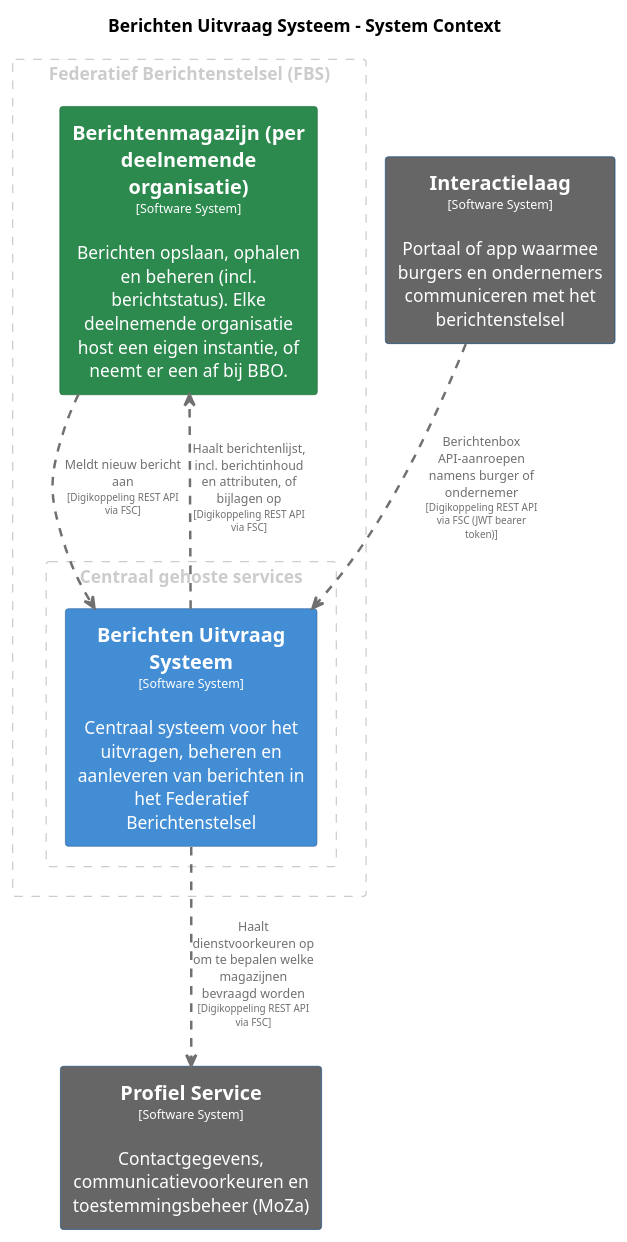
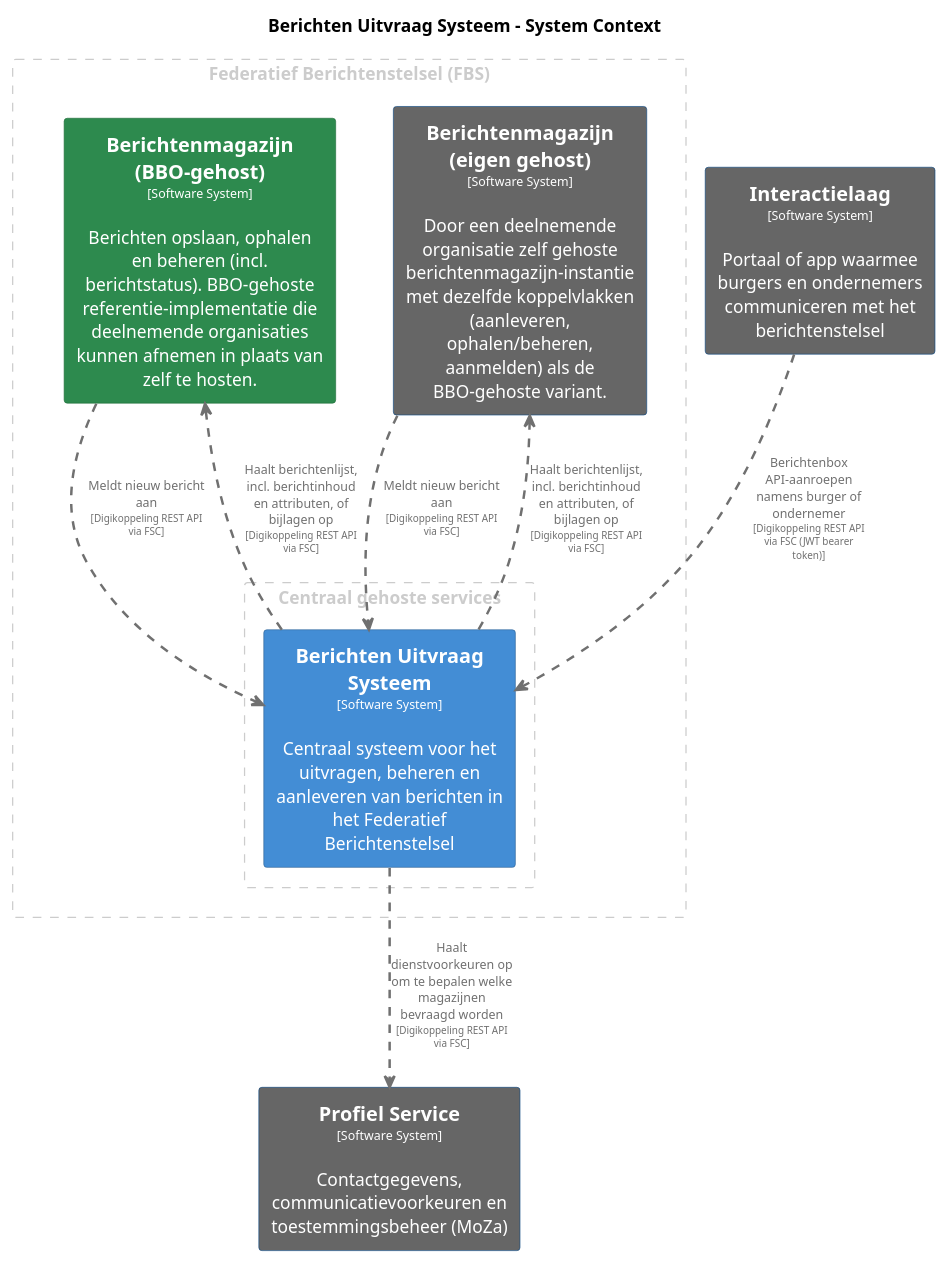
One commit to MinBZK/moza-poc-fbs-berichtenbox changed the diagram in master/puml/BerichtenUitvraagSysteem.puml. Above: the diagram before and after it, drawn with PlantUML. The commit also changed 90 other files, not shown here.

```diff
--- a/master/puml/BerichtenUitvraagSysteem.puml
+++ b/master/puml/BerichtenUitvraagSysteem.puml
@@ -1,66 +1,75 @@
 @startuml
 set separator none
 title Berichten Uitvraag Systeem - System Context
 
 top to bottom direction
 skinparam ranksep 60
 skinparam nodesep 30
 
 skinparam {
   arrowFontSize 10
   defaultTextAlignment center
   wrapWidth 200
   maxMessageSize 100
 }
 
 hide stereotype
 
 skinparam rectangle<<BerichtenUitvraagSysteem>> {
   BackgroundColor #438dd5
   FontColor #ffffff
   BorderColor #2e6295
   shadowing false
 }
-skinparam rectangle<<Berichtenmagazijnperdeelnemendeorganisatie>> {
+skinparam rectangle<<BerichtenmagazijnBBOgehost>> {
   BackgroundColor #2d8a4e
   FontColor #ffffff
   BorderColor #1e6b38
+  shadowing false
+}
+skinparam rectangle<<Berichtenmagazijneigengehost>> {
+  BackgroundColor #666666
+  FontColor #ffffff
+  BorderColor #0b4884
   shadowing false
 }
 skinparam rectangle<<Interactielaag>> {
   BackgroundColor #666666
   FontColor #ffffff
   BorderColor #0b4884
   shadowing false
 }
 skinparam rectangle<<ProfielService>> {
   BackgroundColor #666666
   FontColor #ffffff
   BorderColor #0b4884
   shadowing false
 }
 
 rectangle "Federatief Berichtenstelsel (FBS)" <<group1>> as group1 {
   skinparam RectangleBorderColor<<group1>> #cccccc
   skinparam RectangleFontColor<<group1>> #cccccc
   skinparam RectangleBorderStyle<<group1>> dashed
 
-  rectangle "==Berichtenmagazijn (per deelnemende organisatie)\n<size:10>[Software System]</size>\n\nBerichten opslaan, ophalen en beheren (incl. berichtstatus). Elke deelnemende organisatie host een eigen instantie, of neemt er een af bij BBO." <<Berichtenmagazijnperdeelnemendeorganisatie>> as Berichtenmagazijnperdeelnemendeorganisatie
+  rectangle "==Berichtenmagazijn (eigen gehost)\n<size:10>[Software System]</size>\n\nDoor een deelnemende organisatie zelf gehoste berichtenmagazijn-instantie met dezelfde koppelvlakken (aanleveren, ophalen/beheren, aanmelden) als de BBO-gehoste variant." <<Berichtenmagazijneigengehost>> as Berichtenmagazijneigengehost
+  rectangle "==Berichtenmagazijn (BBO-gehost)\n<size:10>[Software System]</size>\n\nBerichten opslaan, ophalen en beheren (incl. berichtstatus). BBO-gehoste referentie-implementatie die deelnemende organisaties kunnen afnemen in plaats van zelf te hosten." <<BerichtenmagazijnBBOgehost>> as BerichtenmagazijnBBOgehost
     rectangle "Centraal gehoste services" <<group2>> as group2 {
       skinparam RectangleBorderColor<<group2>> #cccccc
       skinparam RectangleFontColor<<group2>> #cccccc
       skinparam RectangleBorderStyle<<group2>> dashed
 
       rectangle "==Berichten Uitvraag Systeem\n<size:10>[Software System]</size>\n\nCentraal systeem voor het uitvragen, beheren en aanleveren van berichten in het Federatief Berichtenstelsel" <<BerichtenUitvraagSysteem>> as BerichtenUitvraagSysteem
     }
 
 }
 
 rectangle "==Profiel Service\n<size:10>[Software System]</size>\n\nContactgegevens, communicatievoorkeuren en toestemmingsbeheer (MoZa)" <<ProfielService>> as ProfielService
 rectangle "==Interactielaag\n<size:10>[Software System]</size>\n\nPortaal of app waarmee burgers en ondernemers communiceren met het berichtenstelsel" <<Interactielaag>> as Interactielaag
 
-BerichtenUitvraagSysteem .[#707070,thickness=2].> Berichtenmagazijnperdeelnemendeorganisatie : "<color:#707070>Haalt berichtenlijst, incl. berichtinhoud en attributen, of bijlagen op\n<color:#707070><size:8>[Digikoppeling REST API via FSC]</size>"
-Berichtenmagazijnperdeelnemendeorganisatie .[#707070,thickness=2].> BerichtenUitvraagSysteem : "<color:#707070>Meldt nieuw bericht aan\n<color:#707070><size:8>[Digikoppeling REST API via FSC]</size>"
+BerichtenUitvraagSysteem .[#707070,thickness=2].> BerichtenmagazijnBBOgehost : "<color:#707070>Haalt berichtenlijst, incl. berichtinhoud en attributen, of bijlagen op\n<color:#707070><size:8>[Digikoppeling REST API via FSC]</size>"
+BerichtenmagazijnBBOgehost .[#707070,thickness=2].> BerichtenUitvraagSysteem : "<color:#707070>Meldt nieuw bericht aan\n<color:#707070><size:8>[Digikoppeling REST API via FSC]</size>"
+BerichtenUitvraagSysteem .[#707070,thickness=2].> Berichtenmagazijneigengehost : "<color:#707070>Haalt berichtenlijst, incl. berichtinhoud en attributen, of bijlagen op\n<color:#707070><size:8>[Digikoppeling REST API via FSC]</size>"
+Berichtenmagazijneigengehost .[#707070,thickness=2].> BerichtenUitvraagSysteem : "<color:#707070>Meldt nieuw bericht aan\n<color:#707070><size:8>[Digikoppeling REST API via FSC]</size>"
 BerichtenUitvraagSysteem .[#707070,thickness=2].> ProfielService : "<color:#707070>Haalt dienstvoorkeuren op om te bepalen welke magazijnen bevraagd worden\n<color:#707070><size:8>[Digikoppeling REST API via FSC]</size>"
 Interactielaag .[#707070,thickness=2].> BerichtenUitvraagSysteem : "<color:#707070>Berichtenbox API-aanroepen namens burger of ondernemer\n<color:#707070><size:8>[Digikoppeling REST API via FSC (JWT bearer token)]</size>"
 @enduml
```
